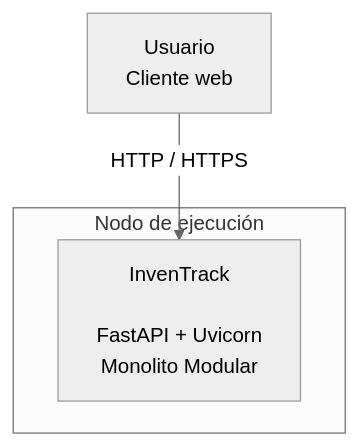
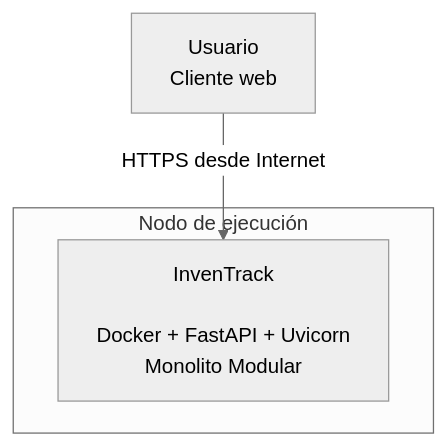
The sixth of 7 diagrams in docs/arc42/arc42-template-EN.md (ISCOUTB/AS_202620_InvenTrack), drawn with Mermaid (neutral theme) before and after one commit. The commit also changed other lines of this file and 9 other files, not shown here.

````diff
--- a/docs/arc42/arc42-template-EN.md
+++ b/docs/arc42/arc42-template-EN.md
@@ -429,13 +436,13 @@
 ```mermaid
 flowchart TB
 
     USER["Usuario<br/>Cliente web"]
 
     subgraph SERVER["Nodo de ejecución"]
 
-        APP["InvenTrack<br/><br/>FastAPI + Uvicorn<br/>Monolito Modular"]
+        APP["InvenTrack<br/><br/>Docker + FastAPI + Uvicorn<br/>Monolito Modular"]
 
     end
 
-    USER -->|"HTTP / HTTPS"| APP
+    USER -->|"HTTPS desde Internet"| APP
 ```
````
